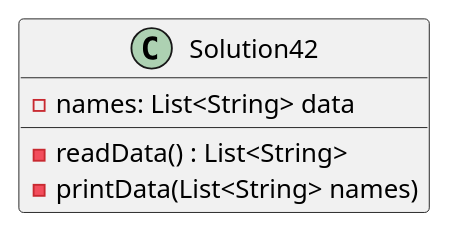
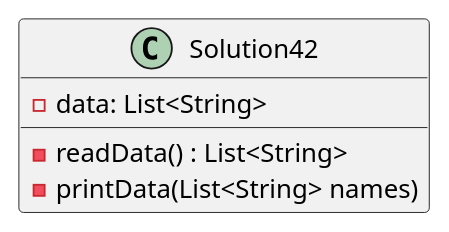
One commit to breemars/marsiano-a04 changed the diagram in exercise42/docs/Solution42UML.puml. Above: the diagram before and after it, drawn with PlantUML. The commit also changed 27 other files, not shown here.

```diff
--- a/exercise42/docs/Solution42UML.puml
+++ b/exercise42/docs/Solution42UML.puml
@@ -1,12 +1,12 @@
 @startuml
 
 class Solution42{
 'attributes
-    - names: List<String> data
+    - data: List<String>
 
 'methods
     -readData() : List<String>
     -printData(List<String> names)
 }
 
 @enduml
```
